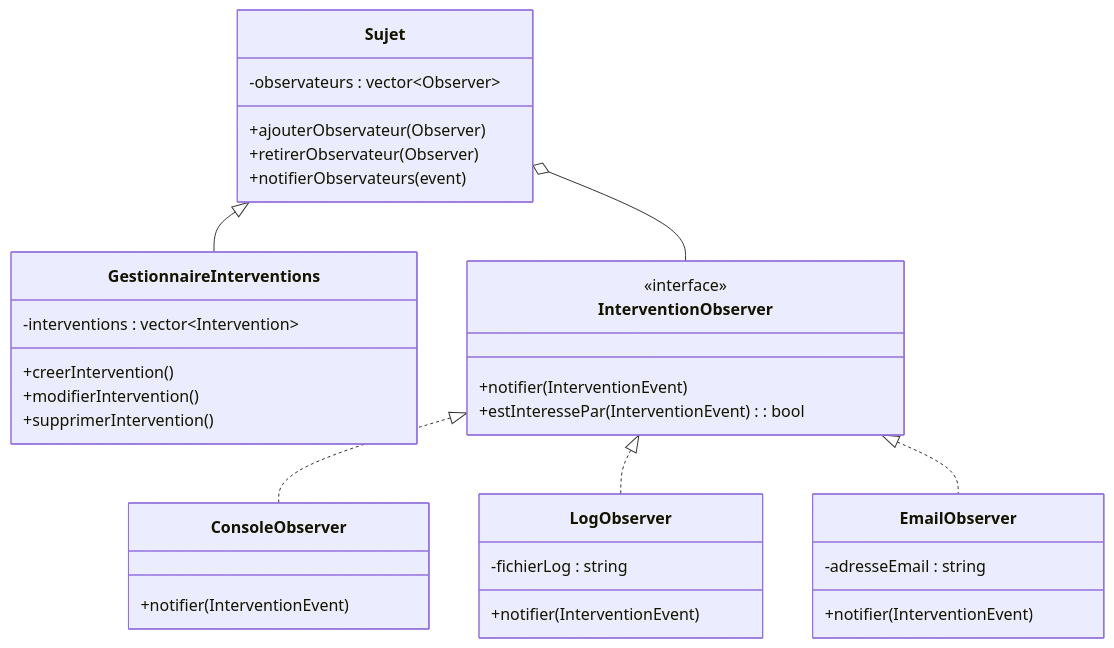
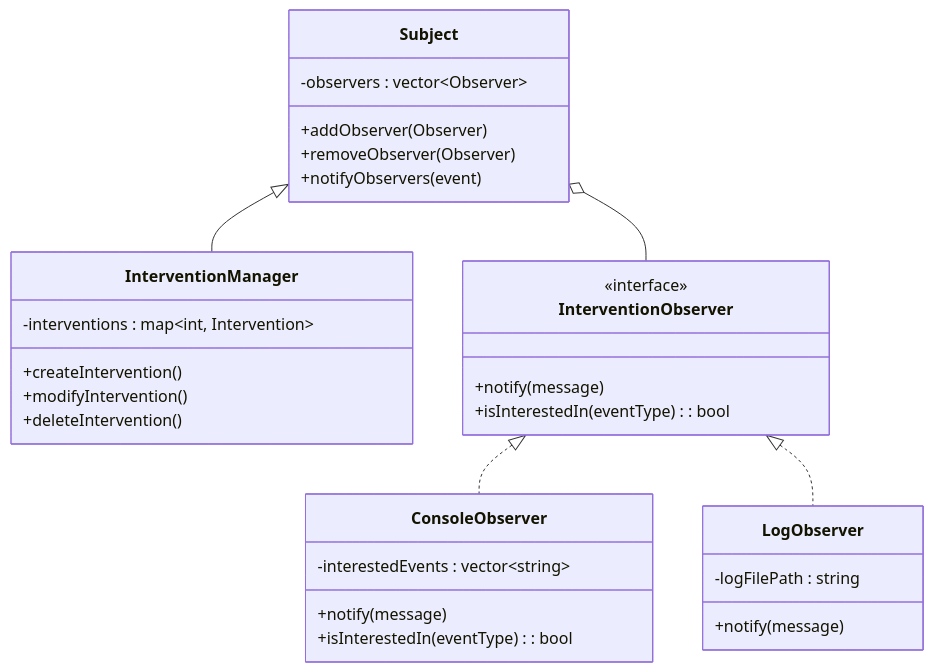
One commit to Krys012/TechInterventionPlanner changed the fourth of 6 diagrams in README.md. Above: the diagram before and after it, drawn with Mermaid. The commit also changed other lines of this file and 1 other file, not shown here.

````diff
--- a/README.md
+++ b/README.md
@@ -182,38 +192,35 @@
 ```mermaid
 classDiagram
-    class Sujet {
-        -observateurs : vector~Observer~
-        +ajouterObservateur(Observer)
-        +retirerObservateur(Observer)
-        +notifierObservateurs(event)
-    }
-    class GestionnaireInterventions {
-        -interventions : vector~Intervention~
-        +creerIntervention()
-        +modifierIntervention()
-        +supprimerIntervention()
-    }
-    class InterventionObserver {
-        <<interface>>
-        +notifier(InterventionEvent)
-        +estInteressePar(InterventionEvent) : bool
-    }
-    class ConsoleObserver {
-        +notifier(InterventionEvent)
-    }
-    class LogObserver {
-        -fichierLog : string
-        +notifier(InterventionEvent)
-    }
-    class EmailObserver {
-        -adresseEmail : string
-        +notifier(InterventionEvent)
-    }
-    
-    Sujet <|-- GestionnaireInterventions
-    InterventionObserver <|.. ConsoleObserver
-    InterventionObserver <|.. LogObserver
-    InterventionObserver <|.. EmailObserver
-    
-    Sujet o-- InterventionObserver
+  class Subject {
+    -observers : vector~Observer~
+    +addObserver(Observer)
+    +removeObserver(Observer)
+    +notifyObservers(event)
+  }
+  class InterventionManager {
+    -interventions : map~int, Intervention~
+    +createIntervention()
+    +modifyIntervention()
+    +deleteIntervention()
+  }
+  class InterventionObserver {
+    <<interface>>
+    +notify(message)
+    +isInterestedIn(eventType) : bool
+  }
+  class ConsoleObserver {
+    -interestedEvents : vector~string~
+    +notify(message)
+    +isInterestedIn(eventType) : bool
+  }
+  class LogObserver {
+    -logFilePath : string
+    +notify(message)
+  }
+
+  Subject <|-- InterventionManager
+  InterventionObserver <|.. ConsoleObserver
+  InterventionObserver <|.. LogObserver
+
+  Subject o-- InterventionObserver
 ```
````
